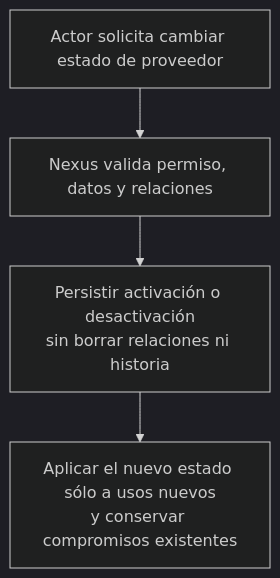
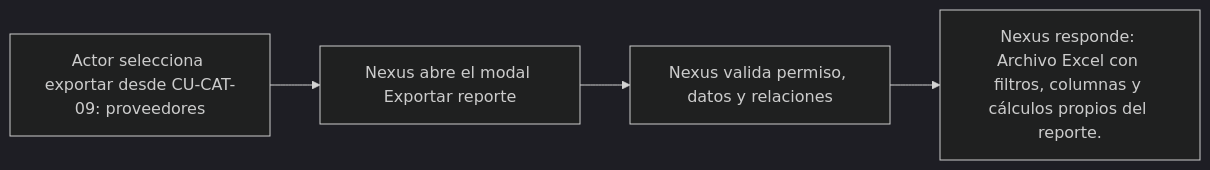
Before and after one commit to gpgsistemas01/nexus: the diagram in docs/requirements/diagrams/catalogs/cu-cat-13.md, drawn with Mermaid (dark theme). The commit also changed other lines of this file and 207 other files, not shown here.

````diff
--- a/docs/requirements/diagrams/catalogs/cu-cat-13.md
+++ b/docs/requirements/diagrams/catalogs/cu-cat-13.md
@@ -3,6 +3,6 @@
 ```mermaid
-flowchart TD
-    request["Actor solicita cambiar estado de proveedor"] --> validate["Nexus valida permiso, datos y relaciones"]
-    validate --> result["Persistir activación o desactivación<br/>sin borrar relaciones ni historia"]
-    result --> boundary["Aplicar el nuevo estado sólo a usos nuevos<br/>y conservar compromisos existentes"]
+flowchart LR
+    request["Actor selecciona exportar desde CU-CAT-09: proveedores"] --> modal["Nexus abre el modal Exportar reporte"]
+    modal --> validate["Nexus valida permiso, datos y relaciones"]
+    validate --> result["Nexus responde: Archivo Excel con filtros, columnas y cálculos propios del reporte."]
 ```
````
